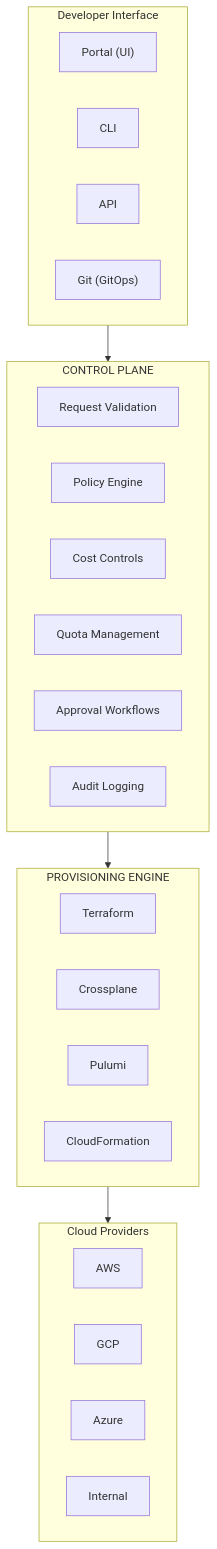
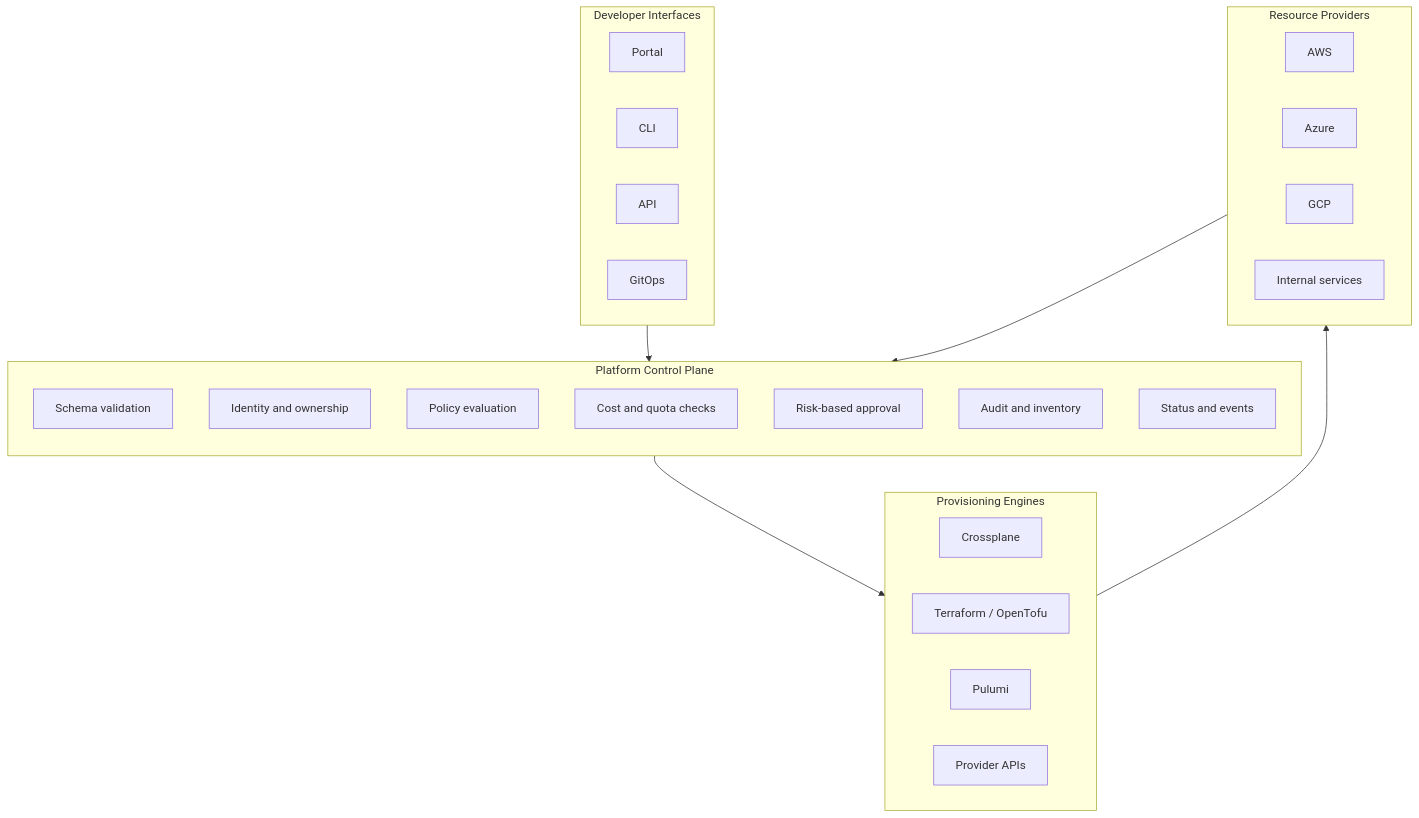
One commit to krisztiankoos/kubedojo changed the sixth of 14 diagrams in src/content/docs/platform/disciplines/core-platform/platform-engineering/module-2.5-self-service-infrastructure.md. Above: the diagram before and after it, drawn with Mermaid. The commit also changed other lines of this file, not shown here.

First line of the commit message:
quality(rewrite): codex rewrite platform-disciplines-core-platform-platform-engineering-module-2.5-self-service-infrastructure (attempt 2096a7e69832)

````diff
--- a/src/content/docs/platform/disciplines/core-platform/platform-engineering/module-2.5-self-service-infrastructure.md
+++ b/src/content/docs/platform/disciplines/core-platform/platform-engineering/module-2.5-self-service-infrastructure.md
@@ -110,40 +318,42 @@
 ```mermaid
 flowchart TD
-    subgraph DevInterface["Developer Interface"]
+    subgraph Interface["Developer Interfaces"]
         direction LR
-        UI["Portal (UI)"]
+        Portal["Portal"]
         CLI["CLI"]
         API["API"]
-        Git["Git (GitOps)"]
+        Git["GitOps"]
     end
-    
-    subgraph ControlPlane["CONTROL PLANE"]
+
+    subgraph ControlPlane["Platform Control Plane"]
+        direction TB
+        Schema["Schema validation"]
+        Identity["Identity and ownership"]
+        Policy["Policy evaluation"]
+        Cost["Cost and quota checks"]
+        Approval["Risk-based approval"]
+        Audit["Audit and inventory"]
+        Status["Status and events"]
+    end
+
+    subgraph Engines["Provisioning Engines"]
         direction LR
-        Req["Request Validation"]
-        Pol["Policy Engine"]
-        Cost["Cost Controls"]
-        Quota["Quota Management"]
-        App["Approval Workflows"]
-        Audit["Audit Logging"]
+        Crossplane["Crossplane"]
+        Terraform["Terraform / OpenTofu"]
+        Pulumi["Pulumi"]
+        CloudNative["Provider APIs"]
     end
-    
-    subgraph ProvEngine["PROVISIONING ENGINE"]
-        direction LR
-        TF["Terraform"]
-        CP["Crossplane"]
-        PU["Pulumi"]
-        CF["CloudFormation"]
-    end
-    
-    subgraph Cloud["Cloud Providers"]
+
+    subgraph Providers["Resource Providers"]
         direction LR
         AWS["AWS"]
+        Azure["Azure"]
         GCP["GCP"]
-        Azure["Azure"]
-        Int["Internal"]
+        Internal["Internal services"]
     end
-    
-    DevInterface --> ControlPlane
-    ControlPlane --> ProvEngine
-    ProvEngine --> Cloud
+
+    Interface --> ControlPlane
+    ControlPlane --> Engines
+    Engines --> Providers
+    Providers --> Status
 ```
````
